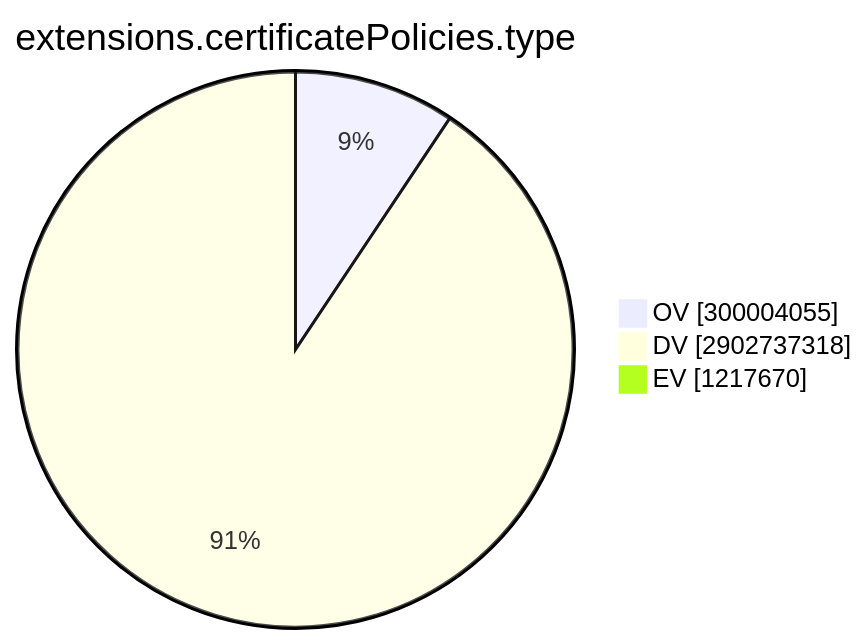
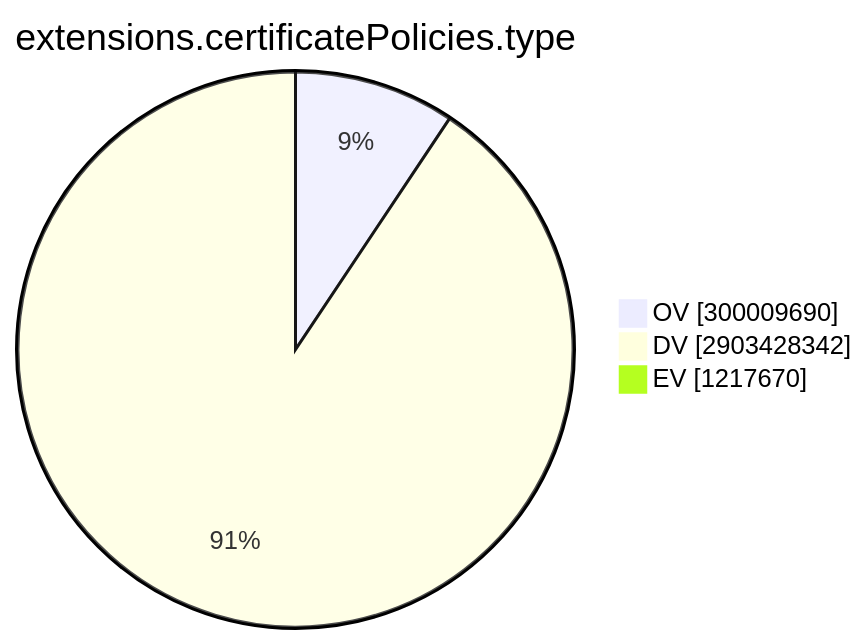
The ninth of 15 diagrams in TOTAL/README.md (christiankrug/ctmonitor_visualization), drawn with Mermaid before and after one commit. The commit also changed other lines of this file, not shown here.

````diff
--- a/TOTAL/README.md
+++ b/TOTAL/README.md
@@ -3101,7 +3101,7 @@
 ```mermaid
 pie showData
 title extensions.certificatePolicies.type
-"OV" :300004055
-"DV" :2902737318
+"OV" :300009690
+"DV" :2903428342
 "EV" :1217670
 ```
````
